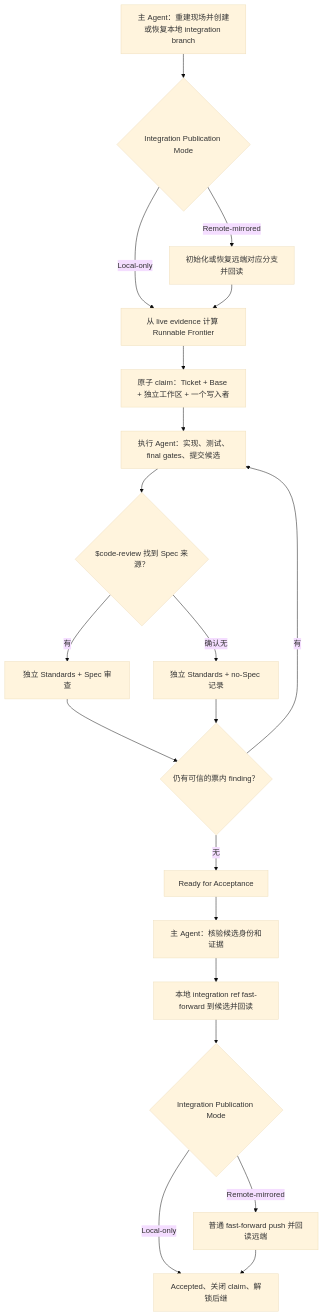
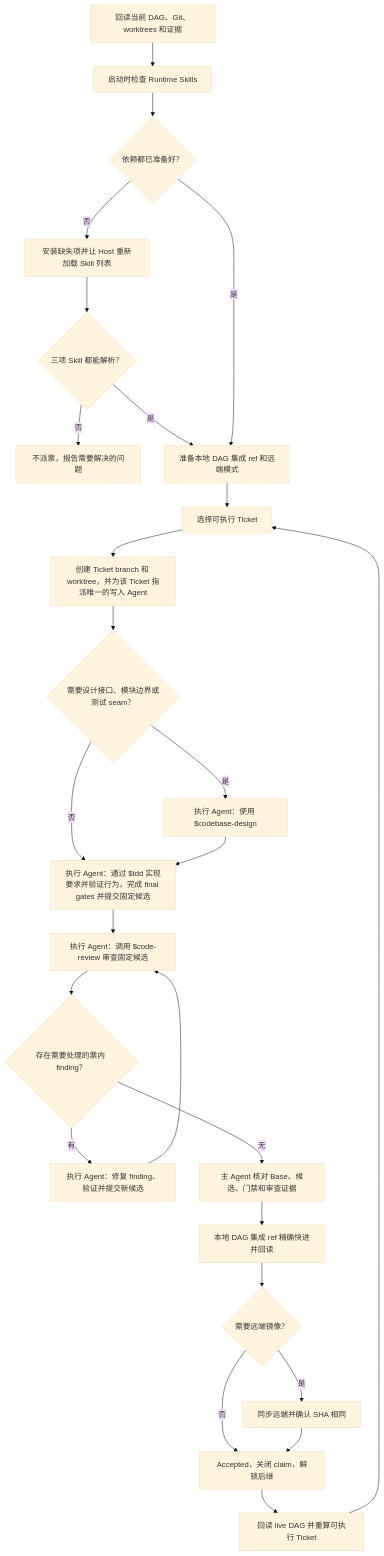
The diagram in README.md (RedHeartSecretMan/dag-skill), drawn with Mermaid (base theme) before and after one commit. The commit also changed other lines of this file and 6 other files, not shown here.

Commit message:
feat: release dag-skill v0.3.1

````diff
--- a/README.md
+++ b/README.md
@@ -14,22 +48,28 @@
 ```mermaid
 flowchart TD
-    A["主 Agent：重建现场并创建或恢复本地 integration branch"] --> A1{"Integration Publication Mode"}
-    A1 -->|Local-only| B["从 live evidence 计算 Runnable Frontier"]
-    A1 -->|Remote-mirrored| A2["初始化或恢复远端对应分支并回读"]
-    A2 --> B
-    B --> B1["原子 claim：Ticket + Base + 独立工作区 + 一个写入者"]
-    B1 --> C["执行 Agent：实现、测试、final gates、提交候选"]
-    C --> D{"$code-review 找到 Spec 来源？"}
-    D -->|有| D1["独立 Standards + Spec 审查"]
-    D -->|确认无| D2["独立 Standards + no-Spec 记录"]
-    D1 --> E{"仍有可信的票内 finding？"}
-    D2 --> E
-    E -->|有| C
-    E -->|无| F["Ready for Acceptance"]
-    F --> G["主 Agent：核验候选身份和证据"]
-    G --> J["本地 integration ref fast-forward 到候选并回读"]
-    J --> H{"Integration Publication Mode"}
-    H -->|Remote-mirrored| I["普通 fast-forward push 并回读远端"]
-    H -->|Local-only| K["Accepted、关闭 claim、解锁后继"]
-    I --> K
+    A["回读当前 DAG、Git、worktrees 和证据"] --> B["启动时检查 Runtime Skills"]
+    B --> C{"依赖都已准备好？"}
+    C -->|否| C1["安装缺失项并让 Host 重新加载 Skill 列表"]
+    C1 --> C2{"三项 Skill 都能解析？"}
+    C2 -->|否| Z["不派票，报告需要解决的问题"]
+    C2 -->|是| D["准备本地 DAG 集成 ref 和远端模式"]
+    C -->|是| D
+    D --> E["选择可执行 Ticket"]
+    E --> F["创建 Ticket branch 和 worktree，并为该 Ticket 指派唯一的写入 Agent"]
+    F --> F1{"需要设计接口、模块边界或测试 seam？"}
+    F1 -->|是| F2["执行 Agent：使用 $codebase-design"]
+    F1 -->|否| G["执行 Agent：通过 $tdd 实现要求并验证行为，完成 final gates 并提交固定候选"]
+    F2 --> G
+    G --> H["执行 Agent：调用 $code-review 审查固定候选"]
+    H --> I{"存在需要处理的票内 finding？"}
+    I -->|有| I1["执行 Agent：修复 finding、验证并提交新候选"]
+    I1 --> H
+    I -->|无| J["主 Agent 核对 Base、候选、门禁和审查证据"]
+    J --> K["本地 DAG 集成 ref 精确快进并回读"]
+    K --> L{"需要远端镜像？"}
+    L -->|否| M["Accepted，关闭 claim，解锁后继"]
+    L -->|是| L1["同步远端并确认 SHA 相同"]
+    L1 --> M
+    M --> N["回读 live DAG 并重算可执行 Ticket"]
+    N --> E
 ```
````
